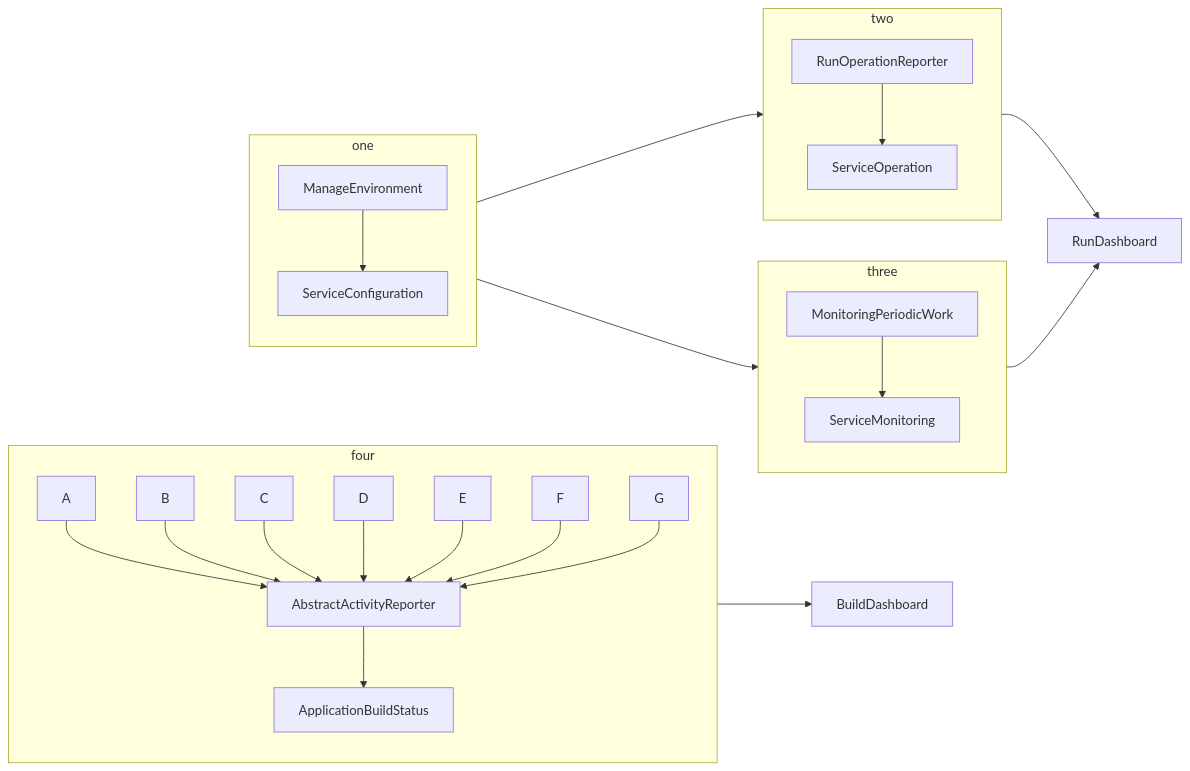
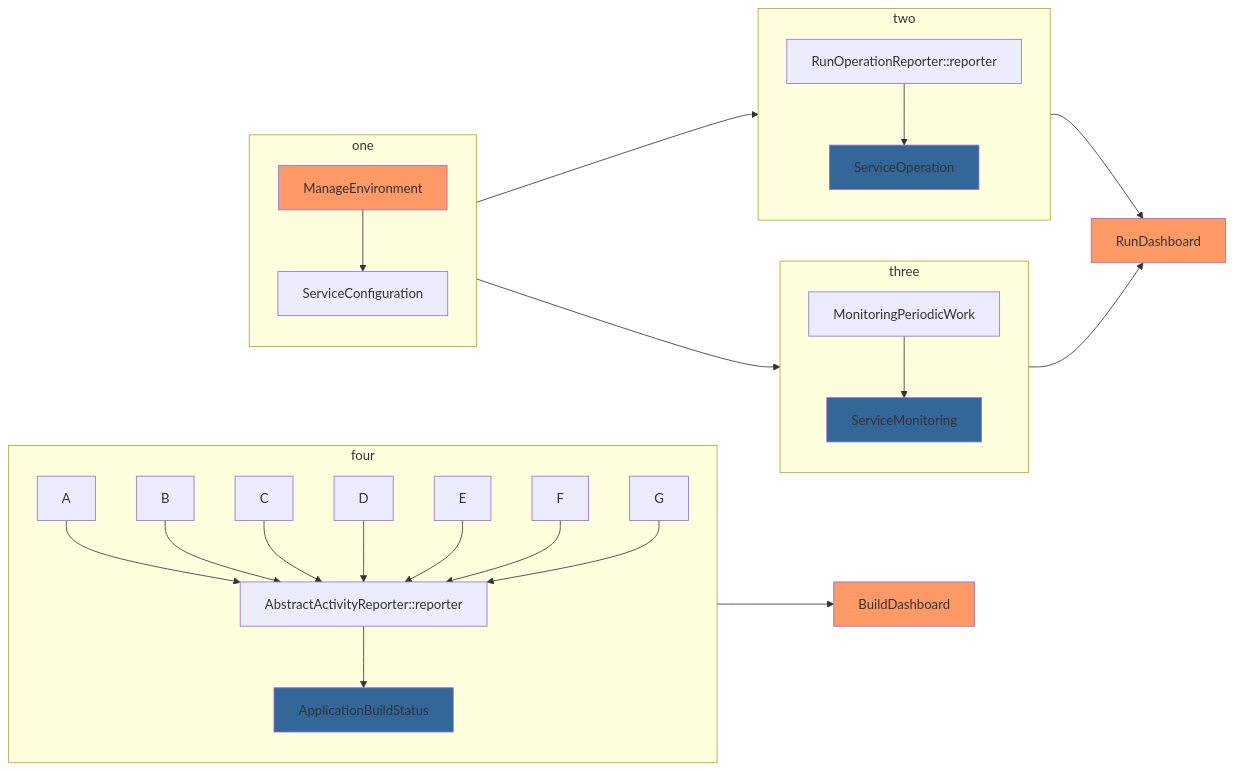
One commit to jenkinsci/devops-portal-plugin changed the diagram in README.md. Above: the diagram before and after it, drawn with Mermaid.

````diff
--- a/README.md
+++ b/README.md
@@ -412,31 +412,35 @@
 ```mermaid
 flowchart LR
     subgraph one
-    ManageEnvironment --> ServiceConfiguration;
+    ManageEnvironment:::view --> ServiceConfiguration
     end
     
     subgraph two
-    RunOperationReporter --> ServiceOperation
+    RunOperationReporter::reporter --> ServiceOperation:::entity
     end
     
     subgraph three
-    MonitoringPeriodicWork --> ServiceMonitoring
+    MonitoringPeriodicWork --> ServiceMonitoring:::entity
     end
     
     subgraph four
-    A --> AbstractActivityReporter
-    B --> AbstractActivityReporter
-    C --> AbstractActivityReporter
-    D --> AbstractActivityReporter
-    E --> AbstractActivityReporter
-    F --> AbstractActivityReporter
-    G --> AbstractActivityReporter
-    AbstractActivityReporter --> ApplicationBuildStatus
+    A --> AbstractActivityReporter::reporter
+    B --> AbstractActivityReporter::reporter
+    C --> AbstractActivityReporter::reporter
+    D --> AbstractActivityReporter::reporter
+    E --> AbstractActivityReporter::reporter
+    F --> AbstractActivityReporter::reporter
+    G --> AbstractActivityReporter::reporter
+    AbstractActivityReporter::reporter --> ApplicationBuildStatus:::entity
     end
     
     one --> two
     one --> three
-    two --> RunDashboard
-    three --> RunDashboard
-    four --> BuildDashboard
+    two --> RunDashboard:::view
+    three --> RunDashboard:::view
+    four --> BuildDashboard:::view
+    
+    classDef view fill:#f96
+    classDef reporter fill:#056
+    classDef entity fill:#369
 ```
````
